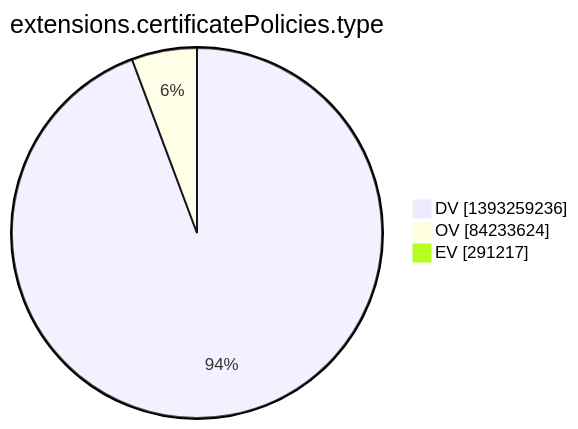
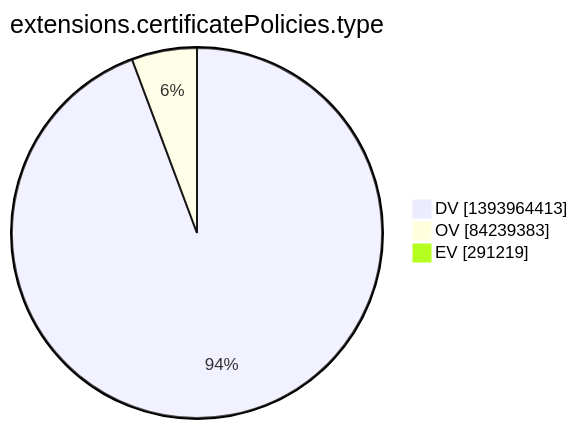
One commit to christiankrug/ctmonitor_visualization changed the tenth of 15 diagrams in argon2022/README.md. Above: the diagram before and after it, drawn with Mermaid. The commit also changed other lines of this file, not shown here.

````diff
--- a/argon2022/README.md
+++ b/argon2022/README.md
@@ -2773,7 +2773,7 @@
 ```mermaid
 pie showData
 title extensions.certificatePolicies.type
-"DV" :1393259236
-"OV" :84233624
-"EV" :291217
+"DV" :1393964413
+"OV" :84239383
+"EV" :291219
 ```
````
